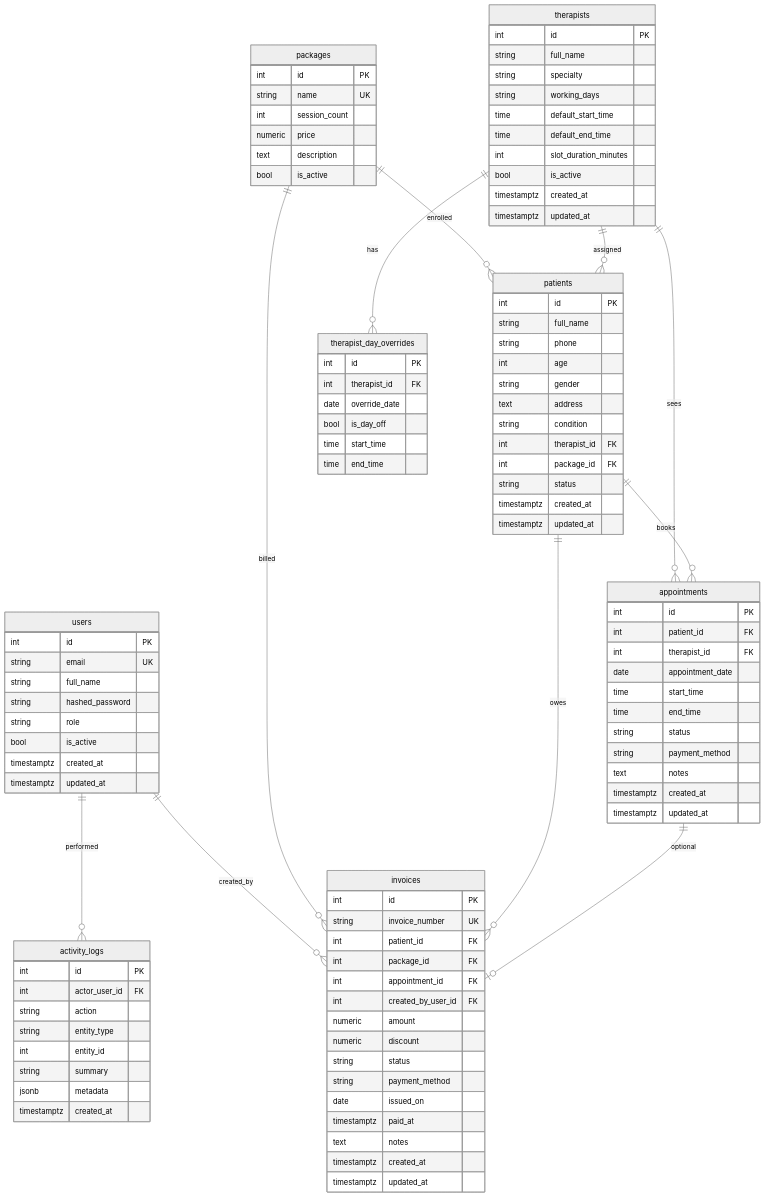
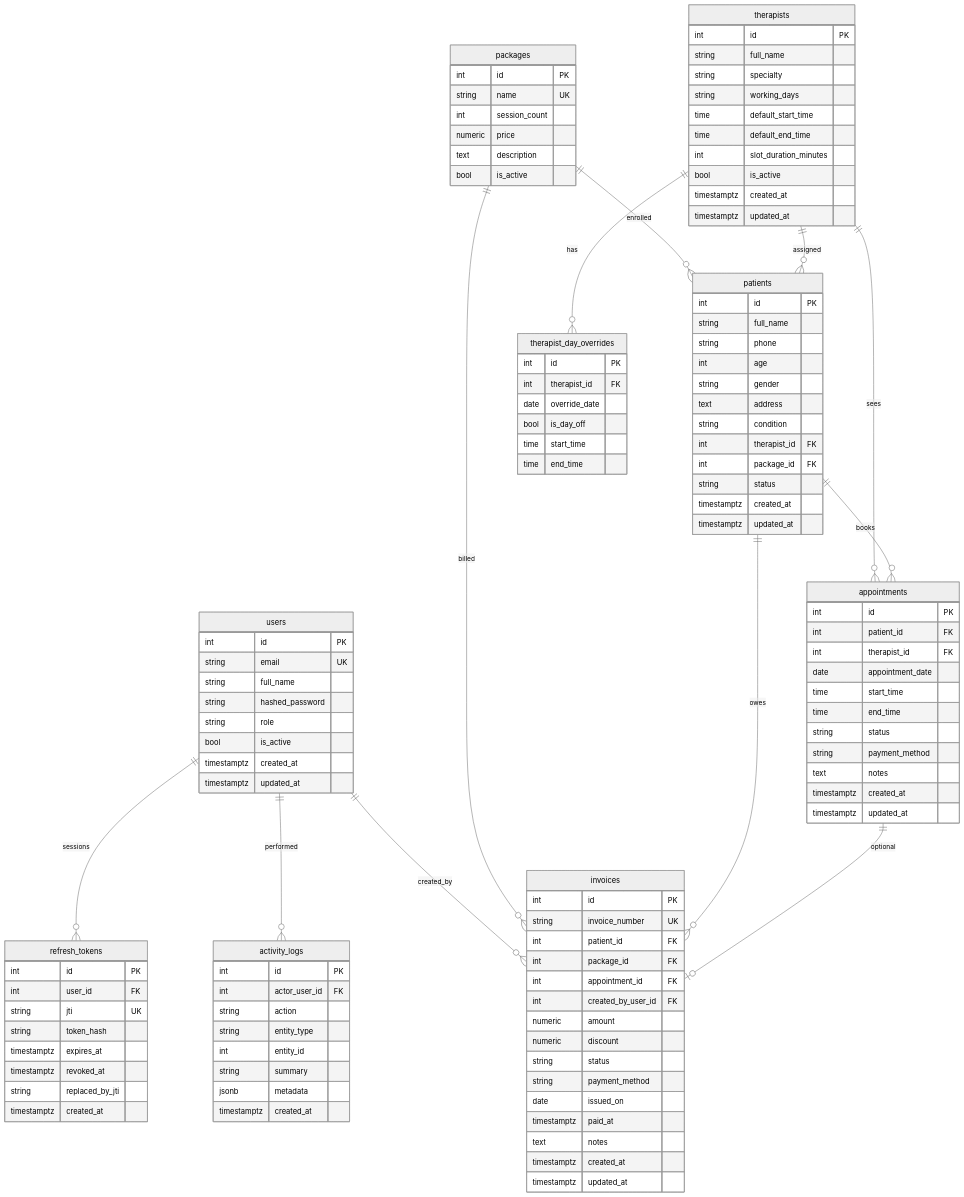
Before and after one commit to yadav-amrendra/PhysioDesk: the diagram in docs/erd.md, drawn with Mermaid (neutral theme). The commit also changed 41 other files, not shown here.

```diff
--- a/docs/erd.md
+++ b/docs/erd.md
@@ -6,6 +6,7 @@
 erDiagram
   users ||--o{ invoices : "created_by"
   users ||--o{ activity_logs : "performed"
+  users ||--o{ refresh_tokens : "sessions"
   packages ||--o{ patients : "enrolled"
   packages ||--o{ invoices : "billed"
   therapists ||--o{ patients : "assigned"
@@ -24,6 +25,17 @@
     bool is_active
     timestamptz created_at
     timestamptz updated_at
+  }
+
+  refresh_tokens {
+    int id PK
+    int user_id FK
+    string jti UK
+    string token_hash
+    timestamptz expires_at
+    timestamptz revoked_at
+    string replaced_by_jti
+    timestamptz created_at
   }
 
   therapists {
```
